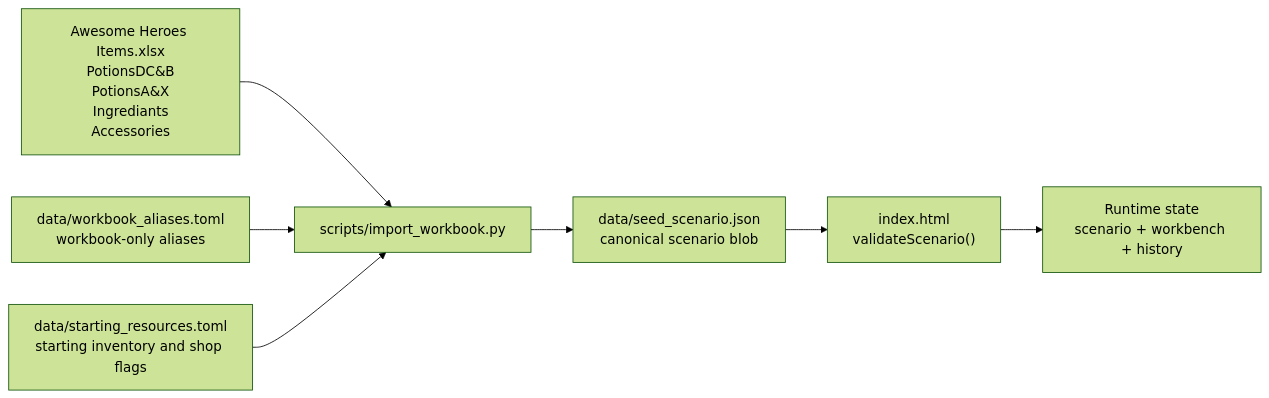
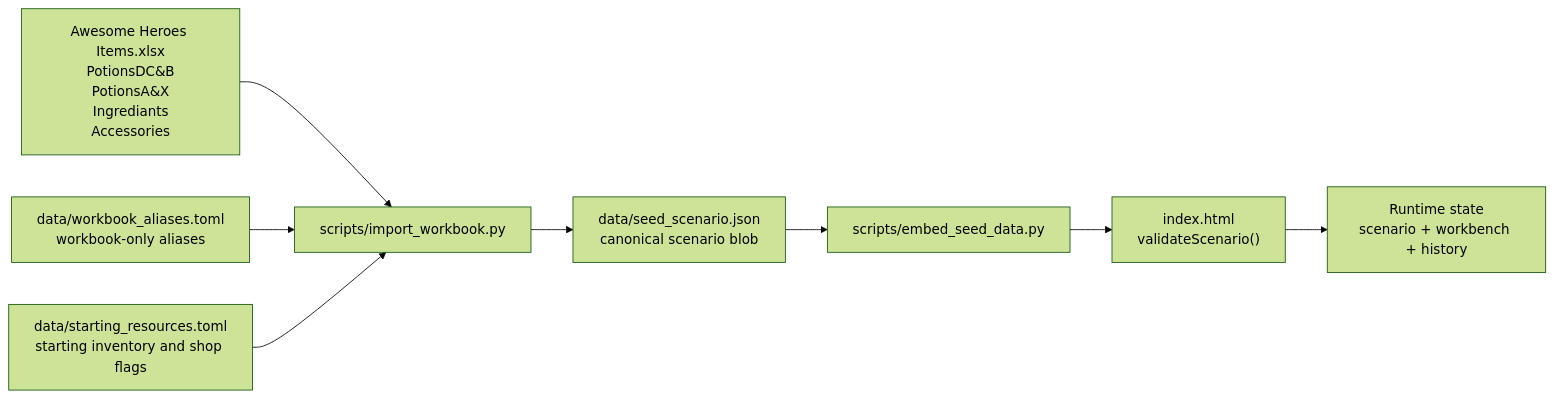
Before and after one commit to spitz-dan-l/poshy: the first of 2 diagrams in docs/data-model.md, drawn with Mermaid (forest theme). The commit also changed other lines of this file and 3 other files, not shown here.

Commit message:
Automate embedded seed data refresh

````diff
--- a/docs/data-model.md
+++ b/docs/data-model.md
@@ -28,17 +30,19 @@
 ```mermaid
 flowchart LR
   workbook["Awesome Heroes Items.xlsx<br/>PotionsDC&B<br/>PotionsA&X<br/>Ingrediants<br/>Accessories"]
   aliases["data/workbook_aliases.toml<br/>workbook-only aliases"]
   resources["data/starting_resources.toml<br/>starting inventory and shop flags"]
   importer["scripts/import_workbook.py"]
   scenario["data/seed_scenario.json<br/>canonical scenario blob"]
+  embed["scripts/embed_seed_data.py"]
   app["index.html<br/>validateScenario()"]
   state["Runtime state<br/>scenario + workbench + history"]
 
   workbook --> importer
   aliases --> importer
   resources --> importer
   importer --> scenario
-  scenario --> app
+  scenario --> embed
+  embed --> app
   app --> state
 ```
````
